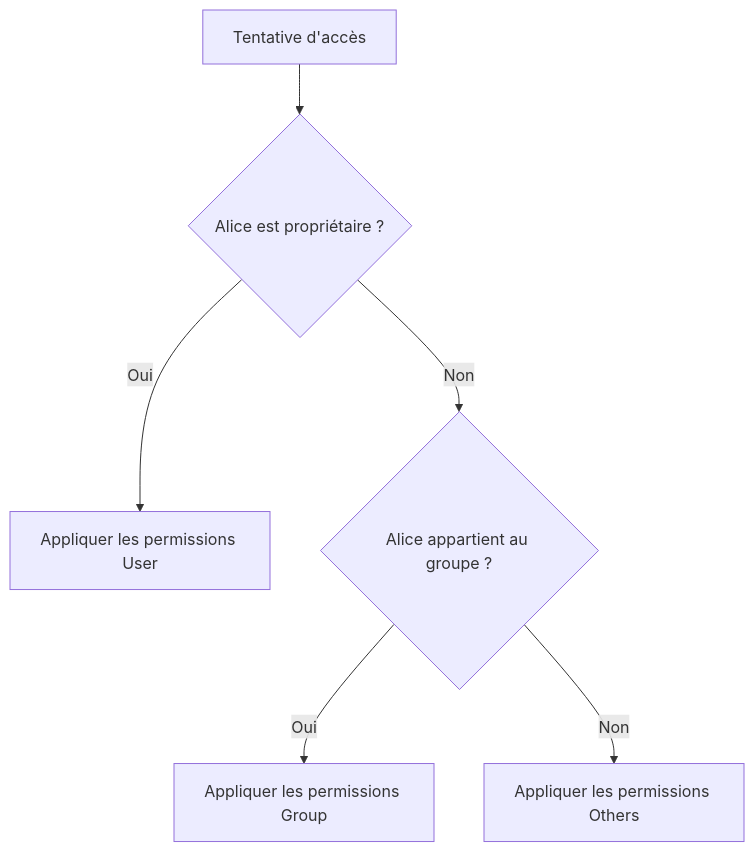
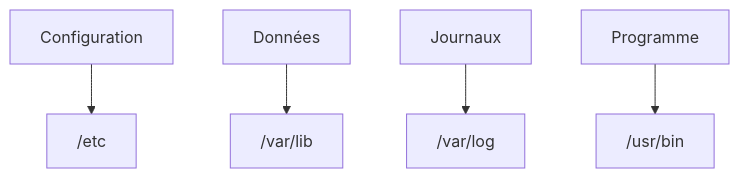
The ninth of 15 diagrams in campagne 1/1.6.md (tdelaclos/formations), drawn with Mermaid before and after one commit. The commit also changed other lines of this file, not shown here.

````diff
--- a/campagne 1/1.6.md
+++ b/campagne 1/1.6.md
@@ -508,25 +612,19 @@
 ```mermaid
 flowchart TD
 
-A["Tentative d'accès"]
+A["Configuration"]
 
-B{"Alice est propriétaire ?"}
+B["Données"]
 
-C["Appliquer les permissions User"]
+C["Journaux"]
 
-D{"Alice appartient au groupe ?"}
+D["Programme"]
 
-E["Appliquer les permissions Group"]
+A --> E["/etc"]
 
-F["Appliquer les permissions Others"]
+B --> F["/var/lib"]
 
-A --> B
+C --> G["/var/log"]
 
-B -->|Oui| C
-
-B -->|Non| D
-
-D -->|Oui| E
-
-D -->|Non| F
+D --> H["/usr/bin"]
 ```
````
